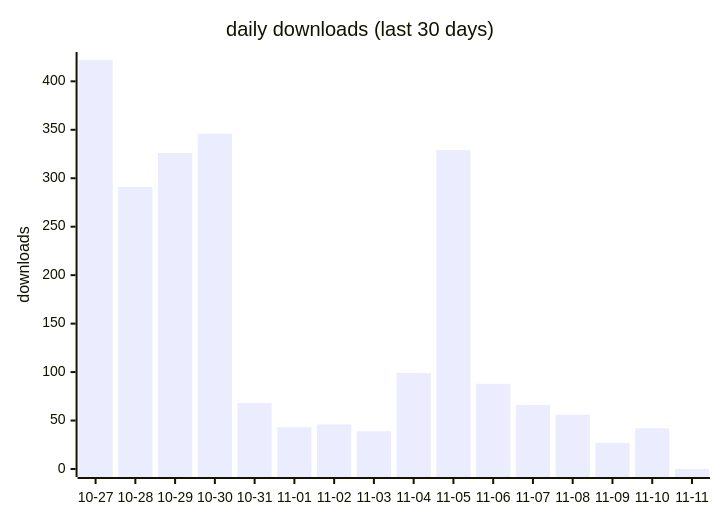
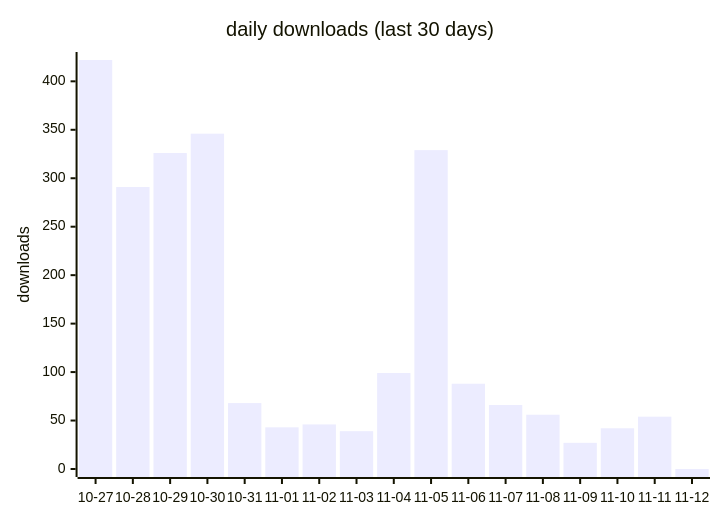
Before and after one commit to terry2010/dsh-loop-recover: the first of 2 diagrams in docs/downloads-2026.md, drawn with Mermaid. The commit also changed other lines of this file and 1 other file, not shown here.

````diff
--- a/docs/downloads-2026.md
+++ b/docs/downloads-2026.md
@@ -19,7 +19,7 @@
 ```mermaid
 xychart-beta
     title "daily downloads (last 30 days)"
-    x-axis ["10-27", "10-28", "10-29", "10-30", "10-31", "11-01", "11-02", "11-03", "11-04", "11-05", "11-06", "11-07", "11-08", "11-09", "11-10", "11-11"]
+    x-axis ["10-27", "10-28", "10-29", "10-30", "10-31", "11-01", "11-02", "11-03", "11-04", "11-05", "11-06", "11-07", "11-08", "11-09", "11-10", "11-11", "11-12"]
     y-axis "downloads" 0 --> 422
-    bar [422, 291, 326, 346, 68, 43, 46, 39, 99, 329, 88, 66, 56, 27, 42, 0]
+    bar [422, 291, 326, 346, 68, 43, 46, 39, 99, 329, 88, 66, 56, 27, 42, 54, 0]
 ```
````
